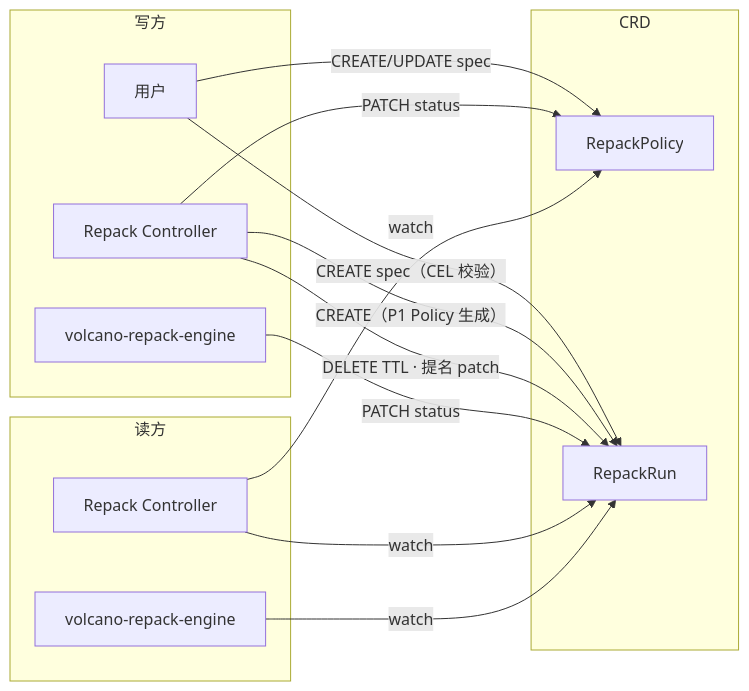
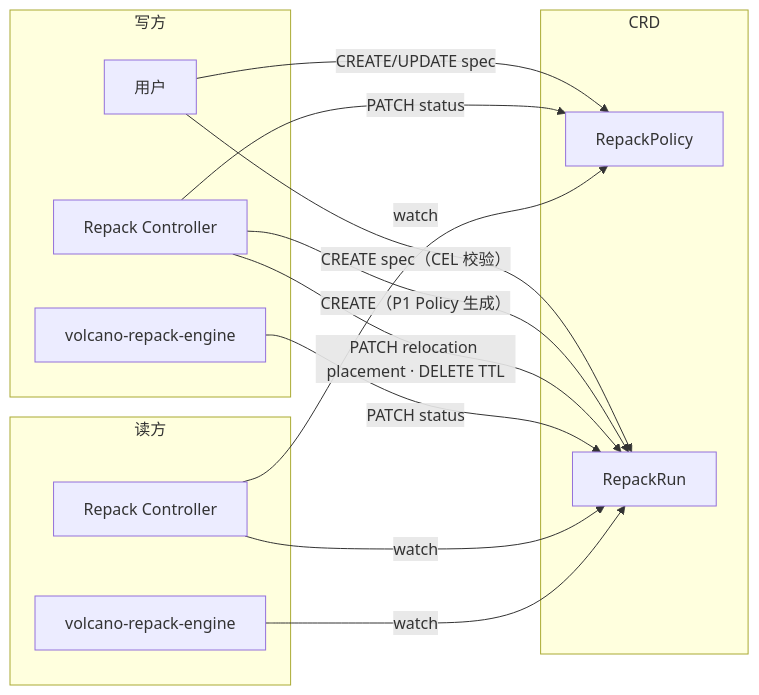
Diagram 12 of 21 in docs/design/repack-policy-design.md (wangyang0616/volcano), drawn with Mermaid before and after one commit. The commit also changed other lines of this file and 1 other file, not shown here.

````diff
--- a/docs/design/repack-policy-design.md
+++ b/docs/design/repack-policy-design.md
@@ -2456,29 +2521,29 @@
 ```mermaid
 flowchart LR
     subgraph Writers["写方"]
         U2[用户]
         RC2[Repack Controller]
         VR2[volcano-repack-engine]
     end
 
     subgraph CR["CRD"]
         RP2[RepackPolicy]
         RR2[RepackRun]
     end
 
     subgraph Readers["读方"]
         RC3[Repack Controller]
         VR3[volcano-repack-engine]
     end
 
     U2 -->|CREATE/UPDATE spec| RP2
     U2 -->|CREATE spec（CEL 校验）| RR2
     RC2 -->|CREATE（P1 Policy 生成）| RR2
     RC2 -->|PATCH status| RP2
-    RC2 -->|DELETE TTL · 提名 patch| RR2
+    RC2 -->|PATCH relocation placement · DELETE TTL| RR2
     VR2 -->|PATCH status| RR2
 
     RC3 -->|watch| RP2
     RC3 -->|watch| RR2
     VR3 -->|watch| RR2
 ```
````
